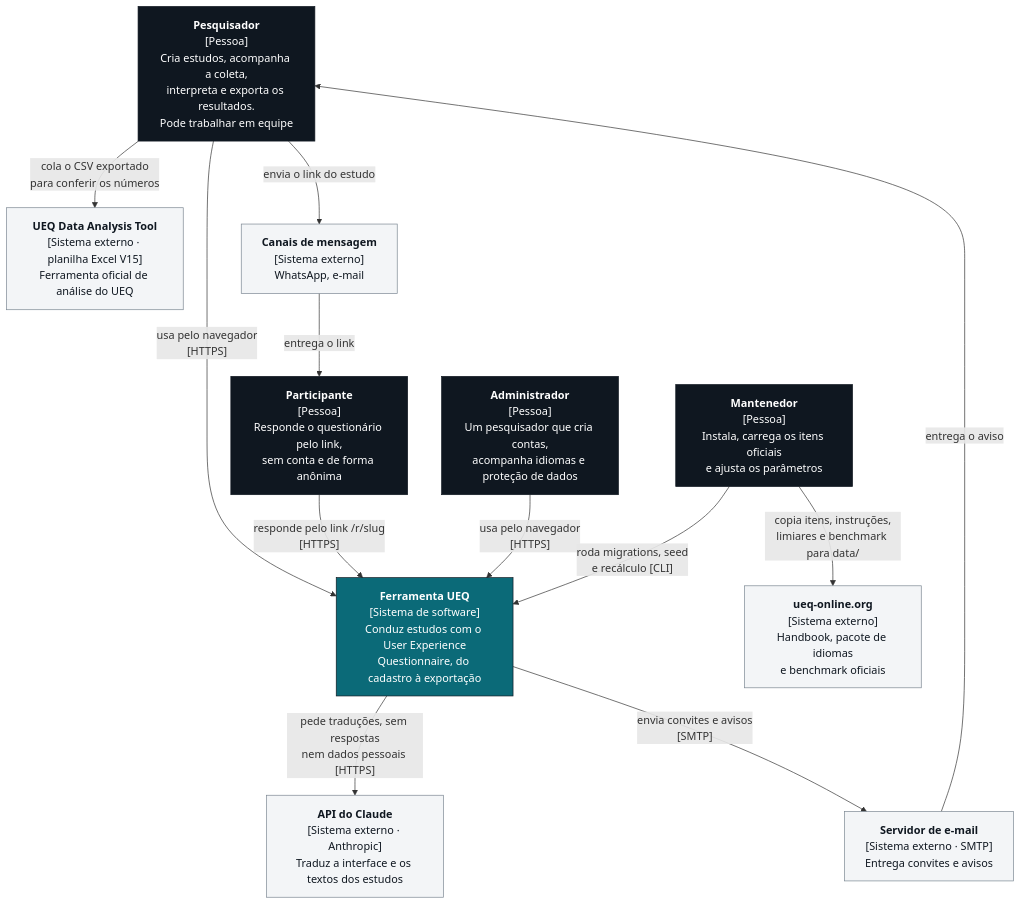
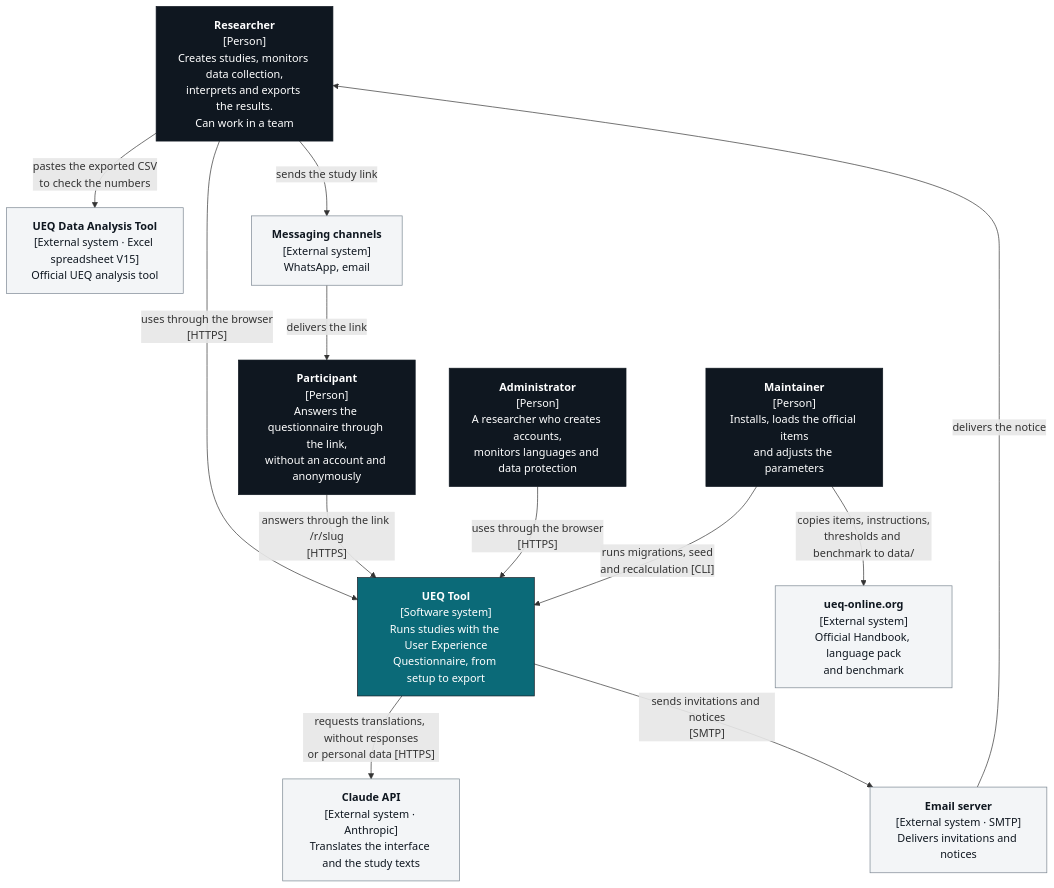
One commit to gabrielfjm/ueq_form_ihc changed the first of 4 diagrams in docs/documentacao/arquitetura.md. Above: the diagram before and after it, drawn with Mermaid. The commit also changed other lines of this file and 151 other files, not shown here.

First line of the commit message:
mostra a documentação no idioma da interface, com os diagramas em inglês

````diff
--- a/docs/documentacao/arquitetura.md
+++ b/docs/documentacao/arquitetura.md
@@ -25,34 +25,34 @@
 ```mermaid
 flowchart TB
-    pesquisador["<b>Pesquisador</b><br/>[Pessoa]<br/>Cria estudos, acompanha a coleta,<br/>interpreta e exporta os resultados.<br/>Pode trabalhar em equipe"]
-    participante["<b>Participante</b><br/>[Pessoa]<br/>Responde o questionário pelo link,<br/>sem conta e de forma anônima"]
-    administrador["<b>Administrador</b><br/>[Pessoa]<br/>Um pesquisador que cria contas,<br/>acompanha idiomas e proteção de dados"]
-    mantenedor["<b>Mantenedor</b><br/>[Pessoa]<br/>Instala, carrega os itens oficiais<br/>e ajusta os parâmetros"]
+    pesquisador["<b>Researcher</b><br/>[Person]<br/>Creates studies, monitors data collection,<br/>interprets and exports the results.<br/>Can work in a team"]
+    participante["<b>Participant</b><br/>[Person]<br/>Answers the questionnaire through the link,<br/>without an account and anonymously"]
+    administrador["<b>Administrator</b><br/>[Person]<br/>A researcher who creates accounts,<br/>monitors languages and data protection"]
+    mantenedor["<b>Maintainer</b><br/>[Person]<br/>Installs, loads the official items<br/>and adjusts the parameters"]
 
-    ferramenta["<b>Ferramenta UEQ</b><br/>[Sistema de software]<br/>Conduz estudos com o User Experience<br/>Questionnaire, do cadastro à exportação"]
+    ferramenta["<b>UEQ Tool</b><br/>[Software system]<br/>Runs studies with the User Experience<br/>Questionnaire, from setup to export"]
 
-    claude["<b>API do Claude</b><br/>[Sistema externo · Anthropic]<br/>Traduz a interface e os textos dos estudos"]
-    smtp["<b>Servidor de e-mail</b><br/>[Sistema externo · SMTP]<br/>Entrega convites e avisos"]
-    planilha["<b>UEQ Data Analysis Tool</b><br/>[Sistema externo · planilha Excel V15]<br/>Ferramenta oficial de análise do UEQ"]
-    ueqonline["<b>ueq-online.org</b><br/>[Sistema externo]<br/>Handbook, pacote de idiomas<br/>e benchmark oficiais"]
-    canais["<b>Canais de mensagem</b><br/>[Sistema externo]<br/>WhatsApp, e-mail"]
+    claude["<b>Claude API</b><br/>[External system · Anthropic]<br/>Translates the interface and the study texts"]
+    smtp["<b>Email server</b><br/>[External system · SMTP]<br/>Delivers invitations and notices"]
+    planilha["<b>UEQ Data Analysis Tool</b><br/>[External system · Excel spreadsheet V15]<br/>Official UEQ analysis tool"]
+    ueqonline["<b>ueq-online.org</b><br/>[External system]<br/>Official Handbook, language pack<br/>and benchmark"]
+    canais["<b>Messaging channels</b><br/>[External system]<br/>WhatsApp, email"]
 
-    pesquisador -- "usa pelo navegador<br/>[HTTPS]" --> ferramenta
-    participante -- "responde pelo link /r/slug<br/>[HTTPS]" --> ferramenta
-    administrador -- "usa pelo navegador<br/>[HTTPS]" --> ferramenta
-    mantenedor -- "roda migrations, seed<br/>e recálculo [CLI]" --> ferramenta
-    ferramenta -- "pede traduções, sem respostas<br/>nem dados pessoais [HTTPS]" --> claude
-    ferramenta -- "envia convites e avisos<br/>[SMTP]" --> smtp
-    smtp -- "entrega o aviso" --> pesquisador
-    pesquisador -- "envia o link do estudo" --> canais
-    canais -- "entrega o link" --> participante
-    pesquisador -- "cola o CSV exportado<br/>para conferir os números" --> planilha
-    mantenedor -- "copia itens, instruções,<br/>limiares e benchmark para data/" --> ueqonline
+    pesquisador -- "uses through the browser<br/>[HTTPS]" --> ferramenta
+    participante -- "answers through the link /r/slug<br/>[HTTPS]" --> ferramenta
+    administrador -- "uses through the browser<br/>[HTTPS]" --> ferramenta
+    mantenedor -- "runs migrations, seed<br/>and recalculation [CLI]" --> ferramenta
+    ferramenta -- "requests translations, without responses<br/>or personal data [HTTPS]" --> claude
+    ferramenta -- "sends invitations and notices<br/>[SMTP]" --> smtp
+    smtp -- "delivers the notice" --> pesquisador
+    pesquisador -- "sends the study link" --> canais
+    canais -- "delivers the link" --> participante
+    pesquisador -- "pastes the exported CSV<br/>to check the numbers" --> planilha
+    mantenedor -- "copies items, instructions,<br/>thresholds and benchmark to data/" --> ueqonline
 
     classDef pessoa fill:#0F1720,stroke:#0F1720,color:#FFFFFF
     classDef sistema fill:#0B6A78,stroke:#0F1720,color:#FFFFFF
     classDef externo fill:#F3F5F7,stroke:#7A8691,color:#0F1720
     class pesquisador,participante,administrador,mantenedor pessoa
     class ferramenta sistema
     class claude,smtp,planilha,ueqonline,canais externo
 ```
````
